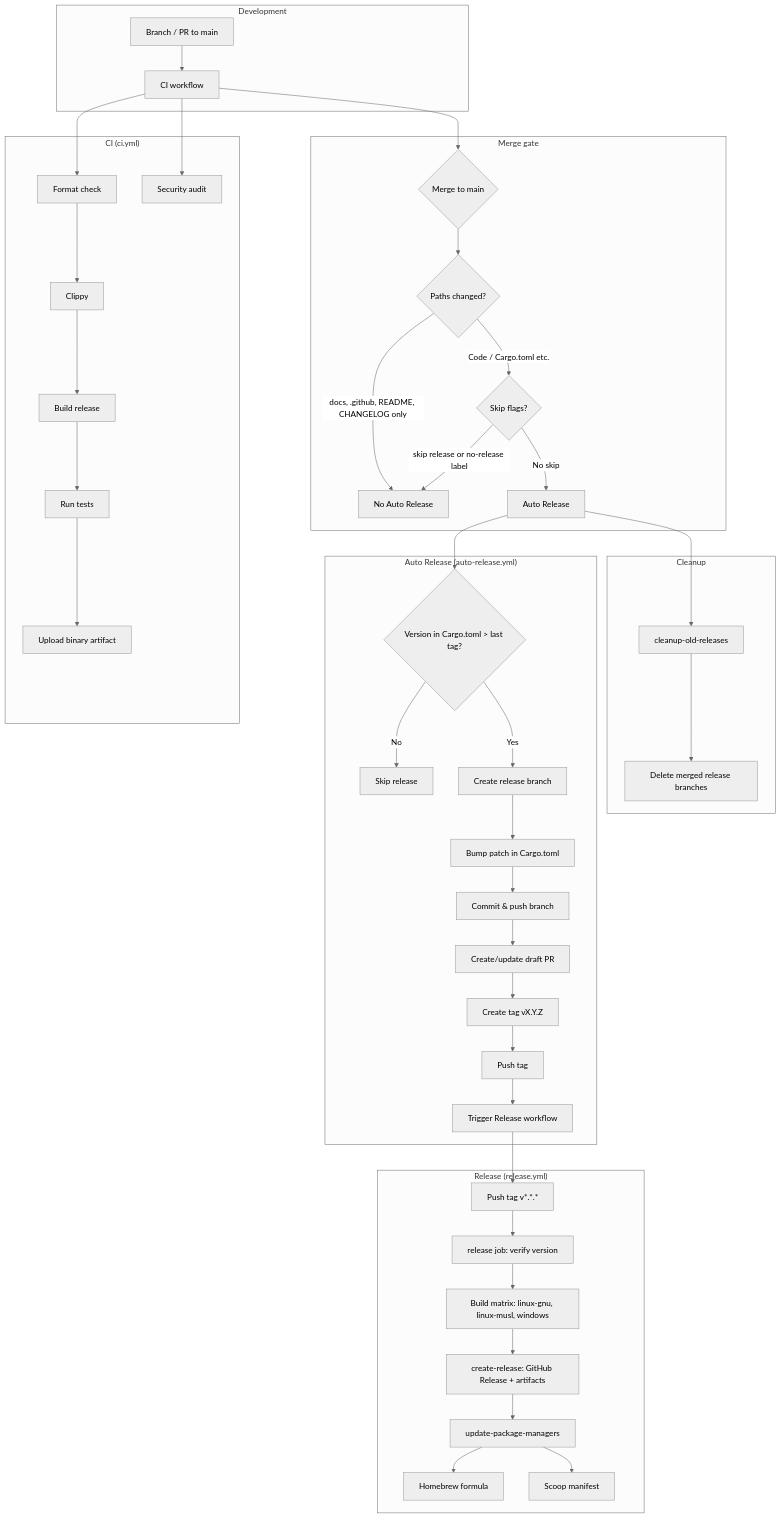
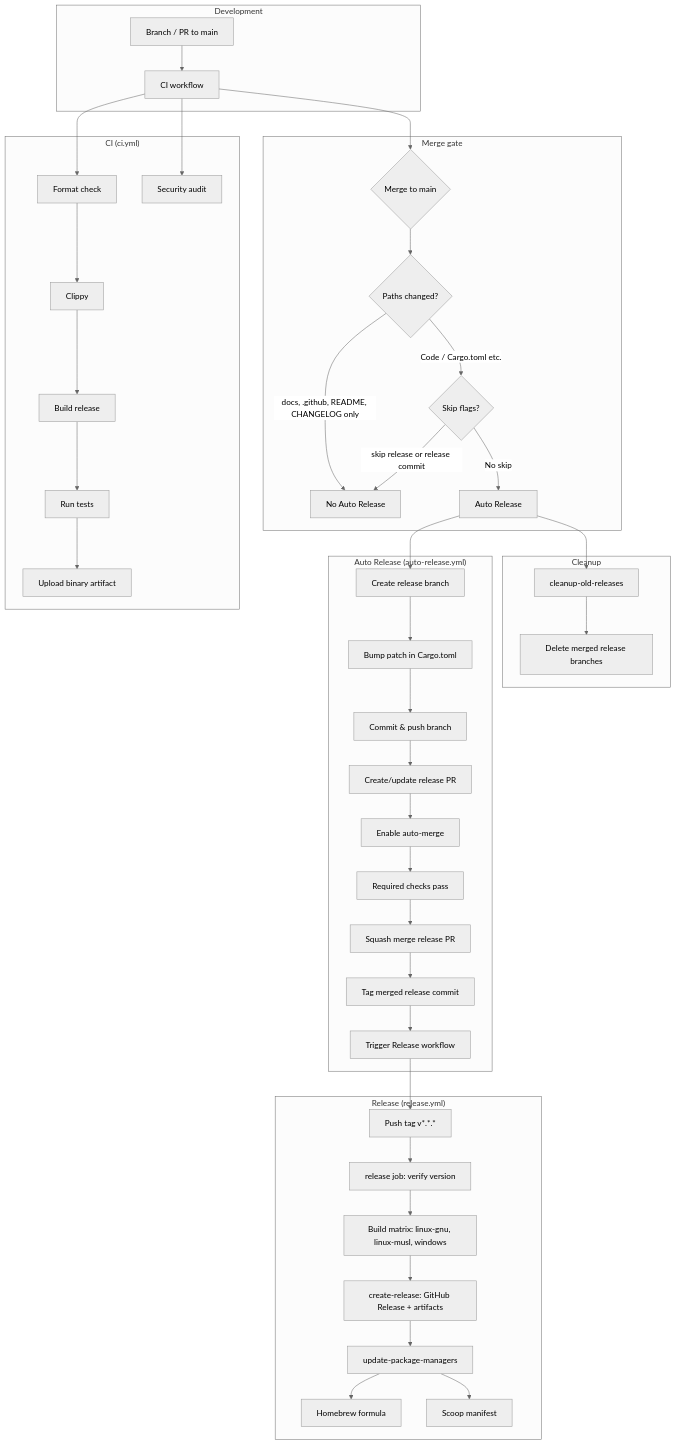
One commit to gonewton/newton changed the diagram in docs/DEPLOY.md. Above: the diagram before and after it, drawn with Mermaid (neutral theme). The commit also changed other lines of this file and 1 other file, not shown here.

First line of the commit message:
ci(release): respect required checks (#524)

````diff
--- a/docs/DEPLOY.md
+++ b/docs/DEPLOY.md
@@ -9,55 +9,55 @@
 ```mermaid
 flowchart TB
   subgraph dev["Development"]
     A[Branch / PR to main]
     B[CI workflow]
   end
 
   subgraph ci["CI (ci.yml)"]
     B --> C[Format check]
     C --> D[Clippy]
     D --> E[Build release]
     E --> F[Run tests]
     F --> G[Upload binary artifact]
     B --> H[Security audit]
   end
 
   subgraph gate["Merge gate"]
     I{Merge to main}
     I --> J{Paths changed?}
     J -->|docs, .github, README, CHANGELOG only| K[No Auto Release]
     J -->|Code / Cargo.toml etc.| L{Skip flags?}
-    L -->|skip release or no-release label| K
+    L -->|skip release or release commit| K
     L -->|No skip| M[Auto Release]
   end
 
   subgraph auto["Auto Release (auto-release.yml)"]
-    M --> N{Version in Cargo.toml > last tag?}
-    N -->|No| O[Skip release]
-    N -->|Yes| P[Create release branch]
+    M --> P[Create release branch]
     P --> Q[Bump patch in Cargo.toml]
     Q --> R[Commit & push branch]
-    R --> S[Create/update draft PR]
-    S --> T[Create tag vX.Y.Z]
-    T --> U[Push tag]
+    R --> S[Create/update release PR]
+    S --> T[Enable auto-merge]
+    T --> N[Required checks pass]
+    N --> O[Squash merge release PR]
+    O --> U[Tag merged release commit]
     U --> V[Trigger Release workflow]
   end
 
   subgraph release["Release (release.yml)"]
     V --> W[Push tag v*.*.*]
     W --> X[release job: verify version]
     X --> Y[Build matrix: linux-gnu, linux-musl, windows]
     Y --> Z[create-release: GitHub Release + artifacts]
     Z --> AA[update-package-managers]
     AA --> AB[Homebrew formula]
     AA --> AC[Scoop manifest]
   end
 
   subgraph cleanup["Cleanup"]
     M --> AD[cleanup-old-releases]
     AD --> AE[Delete merged release branches]
   end
 
   A --> B
   B --> I
 ```
````
